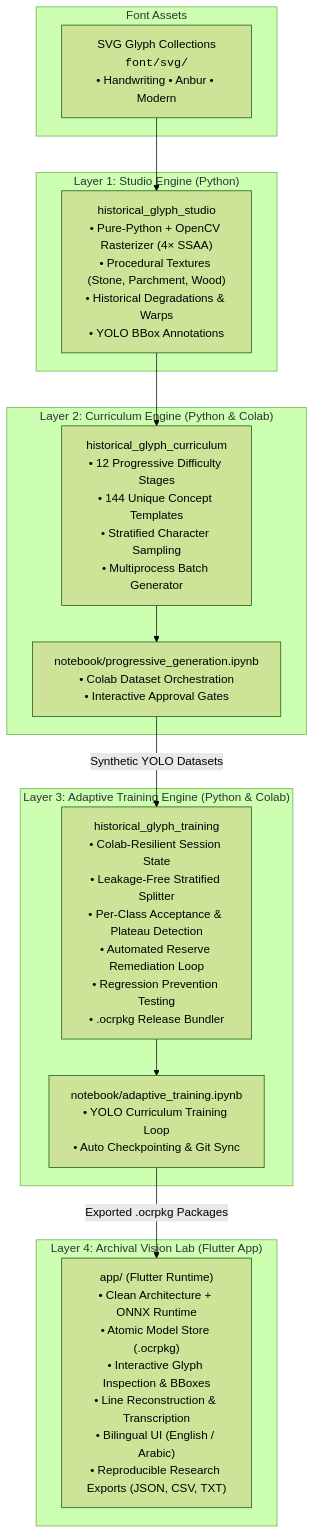
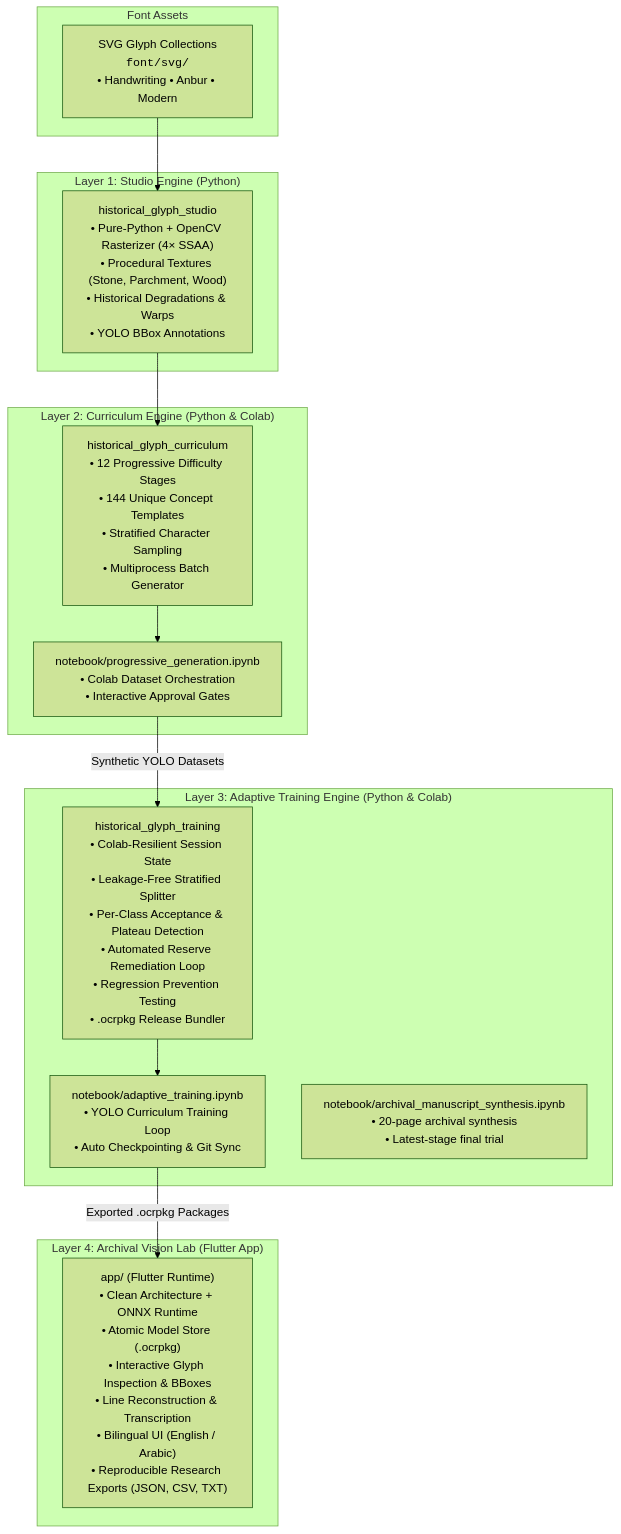
One commit to Emran025/ocroldpermic changed the diagram in README.md. Above: the diagram before and after it, drawn with Mermaid (forest theme). The commit also changed other lines of this file and 2 other files, not shown here.

Commit message:
feat: add archival manuscript synthesis notebook

````diff
--- a/README.md
+++ b/README.md
@@ -18,31 +18,32 @@
 ```mermaid
 flowchart TD
     subgraph S1["Font Assets"]
         FA["SVG Glyph Collections<br/><code>font/svg/</code><br/>• Handwriting • Anbur • Modern"]
     end
 
     subgraph L1["Layer 1: Studio Engine (Python)"]
         HGS["historical_glyph_studio<br/>• Pure-Python + OpenCV Rasterizer (4× SSAA)<br/>• Procedural Textures (Stone, Parchment, Wood)<br/>• Historical Degradations & Warps<br/>• YOLO BBox Annotations"]
     end
 
     subgraph L2["Layer 2: Curriculum Engine (Python & Colab)"]
         HGC["historical_glyph_curriculum<br/>• 12 Progressive Difficulty Stages<br/>• 144 Unique Concept Templates<br/>• Stratified Character Sampling<br/>• Multiprocess Batch Generator"]
         NB1["notebook/progressive_generation.ipynb<br/>• Colab Dataset Orchestration<br/>• Interactive Approval Gates"]
     end
 
     subgraph L3["Layer 3: Adaptive Training Engine (Python & Colab)"]
         HGT["historical_glyph_training<br/>• Colab-Resilient Session State<br/>• Leakage-Free Stratified Splitter<br/>• Per-Class Acceptance & Plateau Detection<br/>• Automated Reserve Remediation Loop<br/>• Regression Prevention Testing<br/>• .ocrpkg Release Bundler"]
         NB2["notebook/adaptive_training.ipynb<br/>• YOLO Curriculum Training Loop<br/>• Auto Checkpointing & Git Sync"]
+        NB3["notebook/archival_manuscript_synthesis.ipynb<br/>• 20-page archival synthesis<br/>• Latest-stage final trial"]
     end
 
     subgraph L4["Layer 4: Archival Vision Lab (Flutter App)"]
         APP["app/ (Flutter Runtime)<br/>• Clean Architecture + ONNX Runtime<br/>• Atomic Model Store (.ocrpkg)<br/>• Interactive Glyph Inspection & BBoxes<br/>• Line Reconstruction & Transcription<br/>• Bilingual UI (English / Arabic)<br/>• Reproducible Research Exports (JSON, CSV, TXT)"]
     end
 
     FA --> HGS
     HGS --> HGC
     HGC --> NB1
     NB1 -->|Synthetic YOLO Datasets| HGT
     HGT --> NB2
     NB2 -->|Exported .ocrpkg Packages| APP
 ```
````
